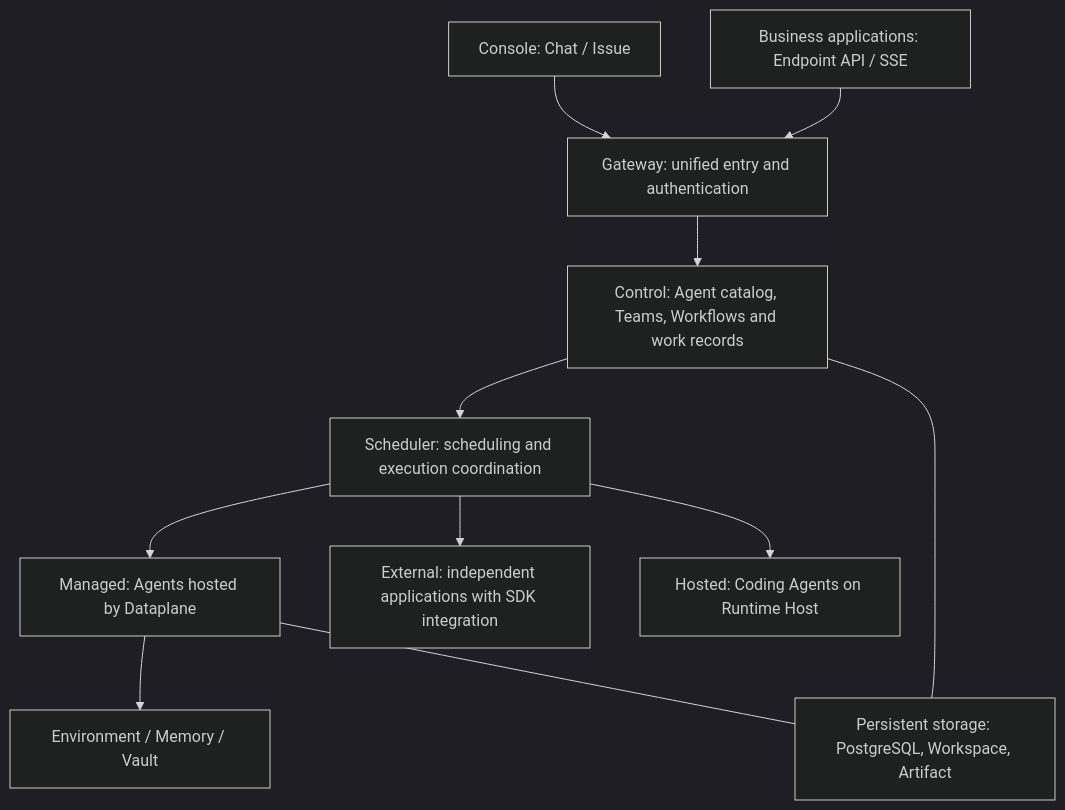
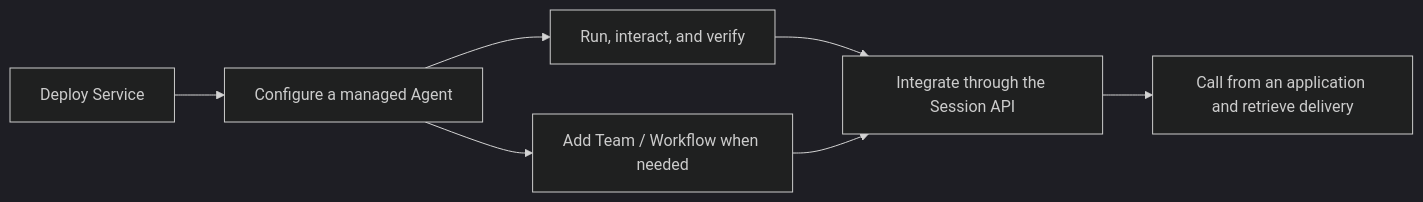
One commit to nexora-dev200/agentscope-java changed the diagram in docs/v2/en/service/index.md. Above: the diagram before and after it, drawn with Mermaid (dark theme). The commit also changed other lines of this file and 2424 other files, not shown here.

````diff
--- a/docs/v2/en/service/index.md
+++ b/docs/v2/en/service/index.md
@@ -14,13 +45,9 @@
 ```mermaid
-flowchart TB
-  U["Console: Chat / Issue"] --> G["Gateway: unified entry and authentication"]
-  A["Business applications: Endpoint API / SSE"] --> G
-  G --> C["Control: Agent catalog, Teams, Workflows and work records"]
-  C --> S["Scheduler: scheduling and execution coordination"]
-  S --> M["Managed: Agents hosted by Dataplane"]
-  S --> E["External: independent applications with SDK integration"]
-  S --> H["Hosted: Coding Agents on Runtime Host"]
-  M --> R["Environment / Memory / Vault"]
-  C --- P["Persistent storage: PostgreSQL, Workspace, Artifact"]
-  M --- P
+flowchart LR
+    D["Deploy Service"] --> A["Configure a managed Agent"]
+    A --> S["Run, interact, and verify"]
+    S --> E["Integrate through the Session API"]
+    E --> B["Call from an application and retrieve delivery"]
+    A --> C["Add Team / Workflow when needed"]
+    C --> E
 ```
````
